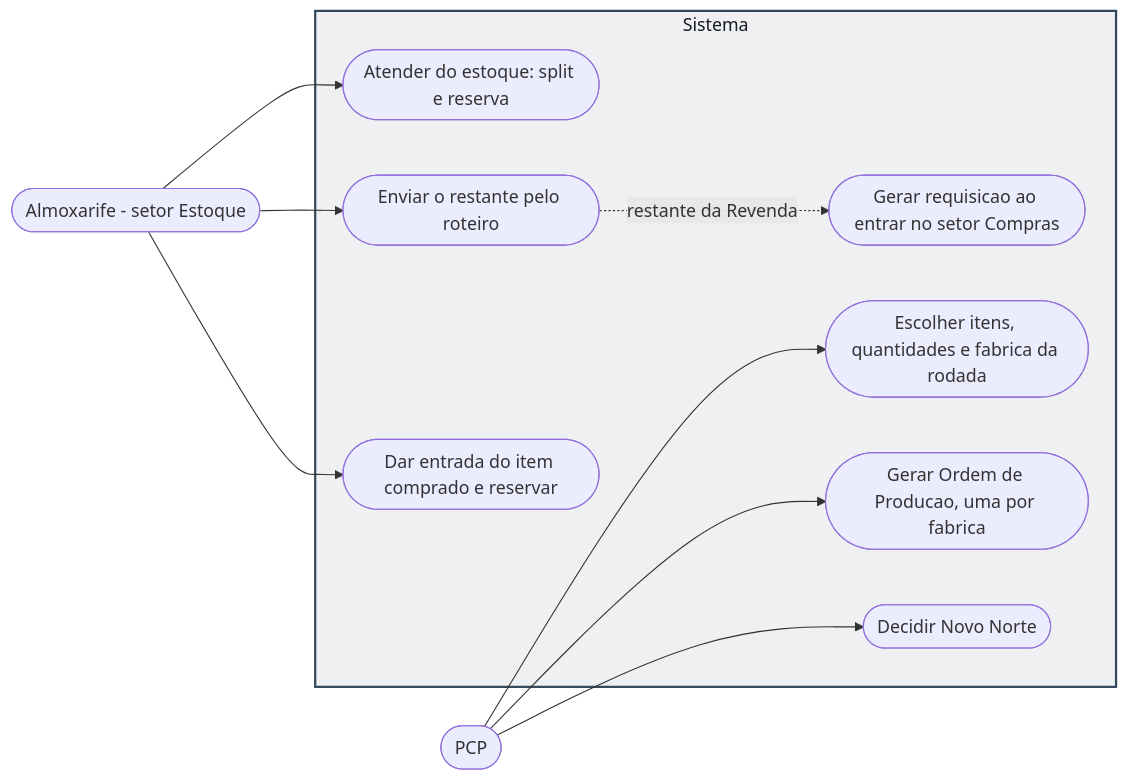
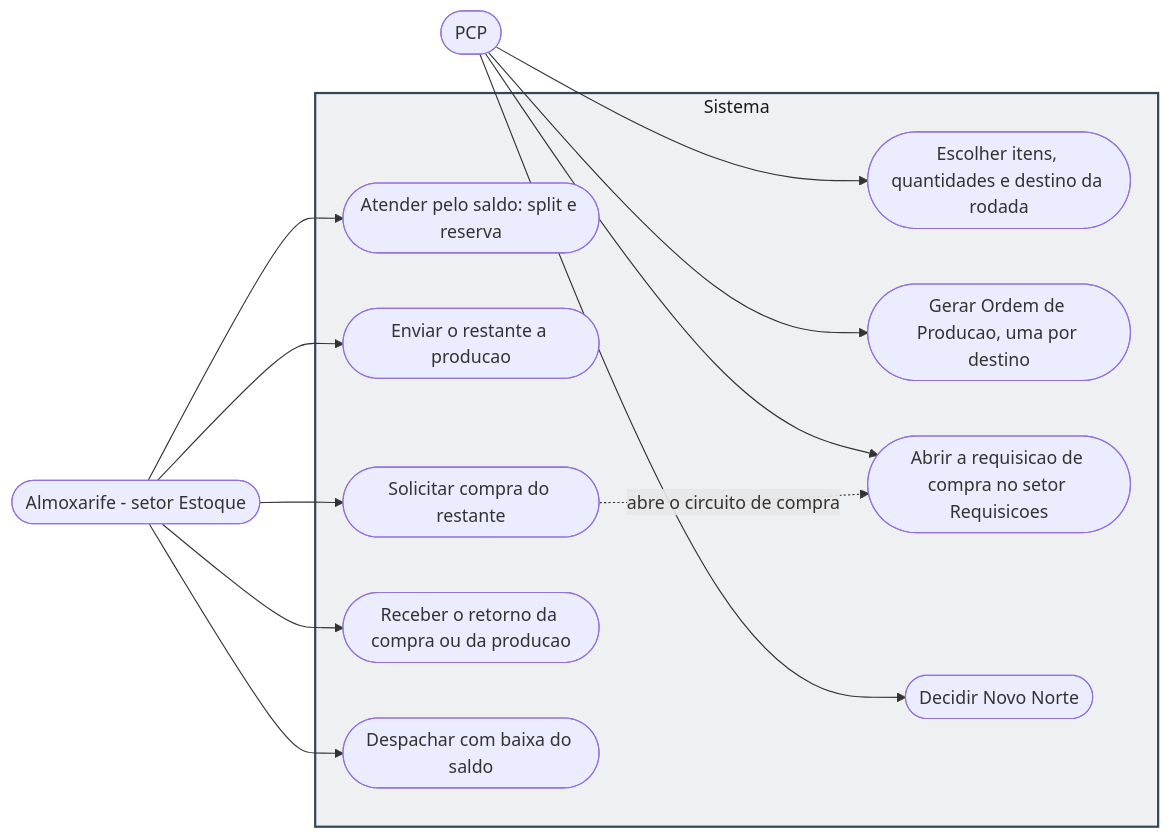
One commit to Acosvital/vault-avhub-mer changed the seventh of 28 diagrams in 04-Arquitetura-Transversal/Diagramas-UML.md. Above: the diagram before and after it, drawn with Mermaid. The commit also changed other lines of this file and 3 other files, not shown here.

Commit message:
docs(vault): atualiza UML, fluxograma de telas, encaixe estoque/revenda e anexo 0003 do contrato 33

````diff
--- a/04-Arquitetura-Transversal/Diagramas-UML.md
+++ b/04-Arquitetura-Transversal/Diagramas-UML.md
@@ -726,23 +714,28 @@
 ```mermaid
 flowchart LR
     PCP(["PCP"])
     ALM(["Almoxarife - setor Estoque"])
     subgraph SISTEMA[Sistema]
-        UC4([Escolher itens, quantidades e fabrica da rodada])
-        UC5([Gerar Ordem de Producao, uma por fabrica])
-        UC6([Atender do estoque: split e reserva])
-        UC7([Enviar o restante pelo roteiro])
-        UC9([Dar entrada do item comprado e reservar])
-        UC10([Gerar requisicao ao entrar no setor Compras])
+        UC4([Escolher itens, quantidades e destino da rodada])
+        UC5([Gerar Ordem de Producao, uma por destino])
+        UC10([Abrir a requisicao de compra no setor Requisicoes])
         UC8([Decidir Novo Norte])
+        UC6([Atender pelo saldo: split e reserva])
+        UC7([Enviar o restante a producao])
+        UC11([Solicitar compra do restante])
+        UC9([Receber o retorno da compra ou da producao])
+        UC12([Despachar com baixa do saldo])
     end
     PCP --> UC4
     PCP --> UC5
+    PCP --> UC10
     PCP --> UC8
     ALM --> UC6
     ALM --> UC7
+    ALM --> UC11
     ALM --> UC9
-    UC7 -.->|restante da Revenda| UC10
+    ALM --> UC12
+    UC11 -.->|abre o circuito de compra| UC10
 
     style SISTEMA fill:#eef0f2,stroke:#33475a,stroke-width:2px,color:#181c22
 ```
````
